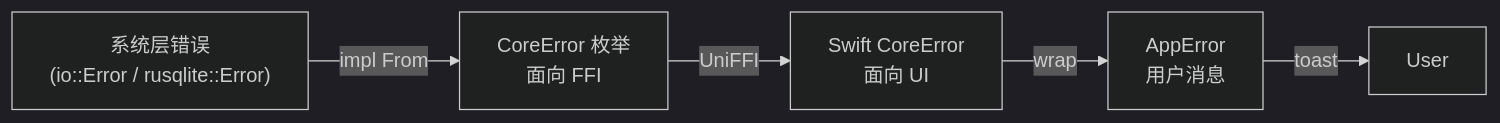
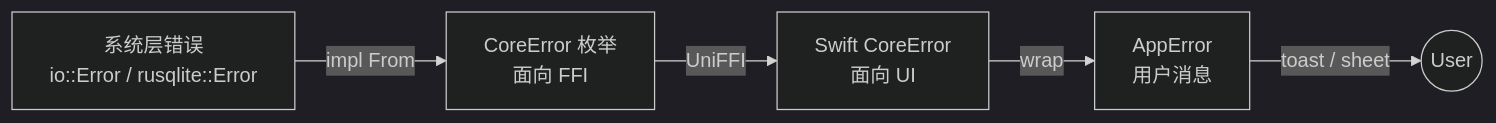
One commit to AreaSong/AreaMatrix changed the first of 2 diagrams in docs/api/error-codes.md. Above: the diagram before and after it, drawn with Mermaid (dark theme). The commit also changed other lines of this file and 18 other files, not shown here.

````diff
--- a/docs/api/error-codes.md
+++ b/docs/api/error-codes.md
@@ -11,12 +11,13 @@
 ```mermaid
 flowchart LR
-    Sys["系统层错误<br/>(io::Error / rusqlite::Error)"]
-    Core["CoreError 枚举<br/>面向 FFI"]
-    Swift["Swift CoreError<br/>面向 UI"]
+    Sys["系统层错误<br/>io::Error / rusqlite::Error"]
+    Core[CoreError 枚举<br/>面向 FFI]
+    Swift[Swift CoreError<br/>面向 UI]
     AppErr[AppError<br/>用户消息]
+    User((User))
 
     Sys -->|impl From| Core
     Core -->|UniFFI| Swift
     Swift -->|wrap| AppErr
-    AppErr -->|toast| User
+    AppErr -->|toast / sheet| User
 ```
````
